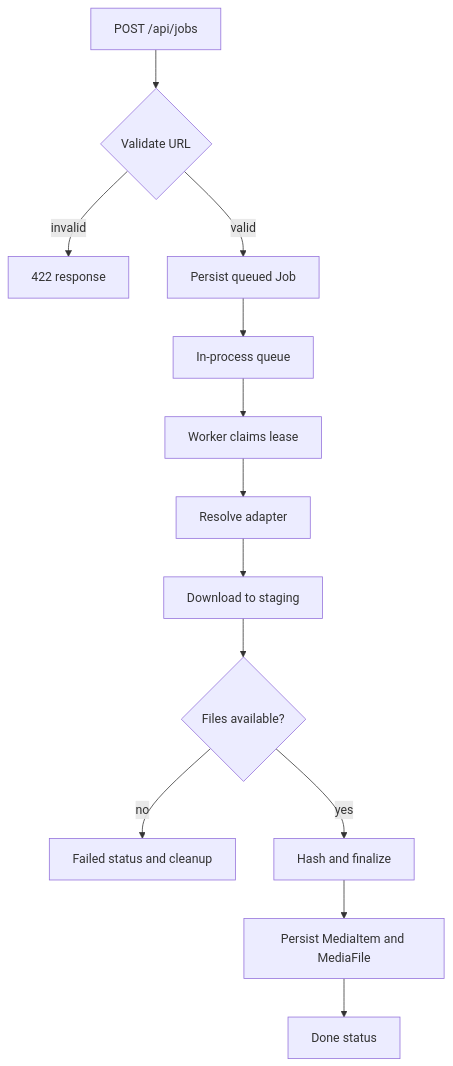
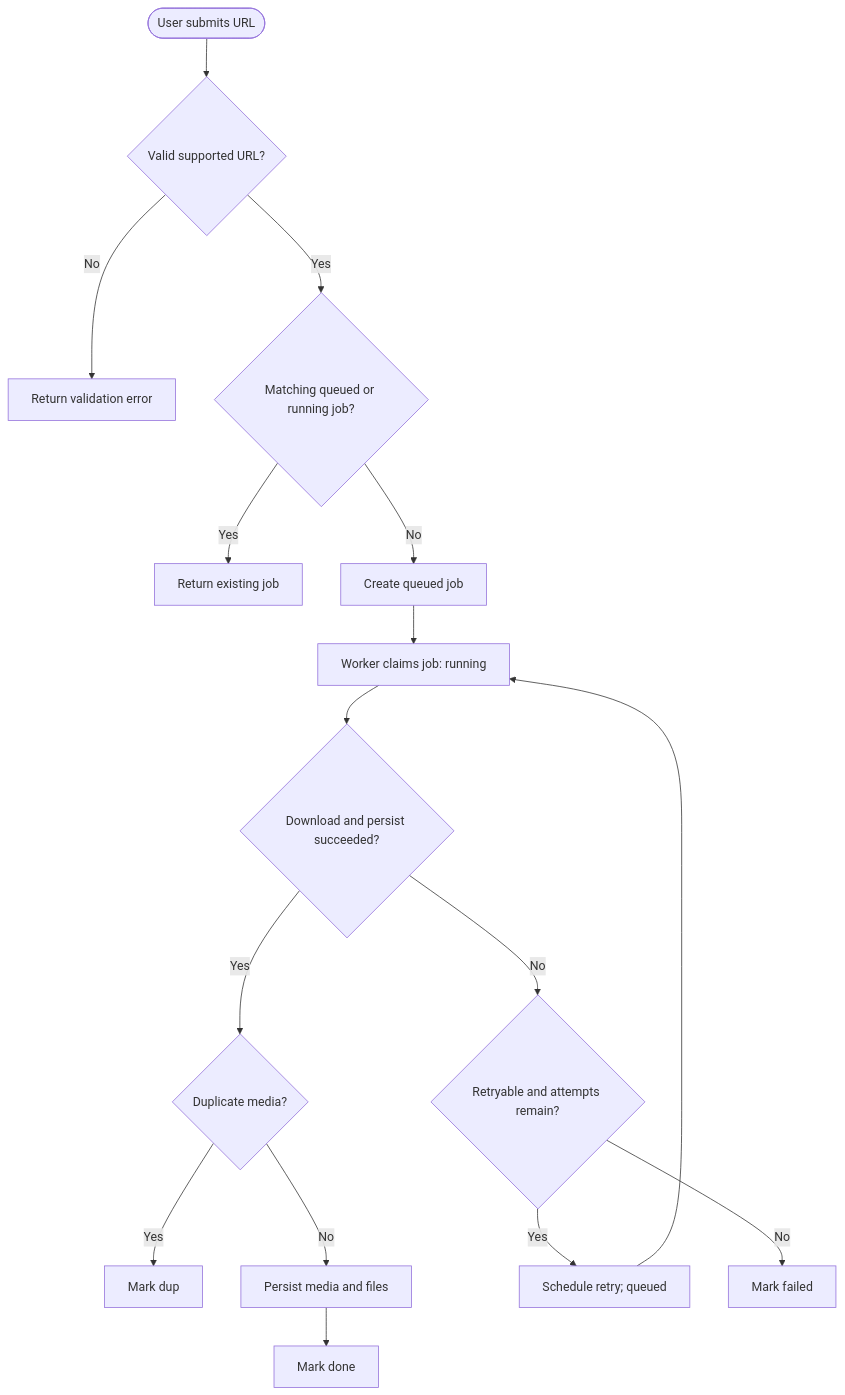
Before and after one commit to ekolancer/SocDownload: the first of 3 diagrams in docs/01-requirements/flowcharts.md, drawn with Mermaid. The commit also changed other lines of this file and 25 other files, not shown here.

Commit message:
docs: document MediaVault system from existing codebase

````diff
--- a/docs/01-requirements/flowcharts.md
+++ b/docs/01-requirements/flowcharts.md
@@ -9,15 +11,18 @@
 ```mermaid
 flowchart TD
- A[POST /api/jobs] --> B{Validate URL}
- B -- invalid --> C[422 response]
- B -- valid --> D[Persist queued Job]
- D --> E[In-process queue]
- E --> F[Worker claims lease]
- F --> G[Resolve adapter]
- G --> H[Download to staging]
- H --> I{Files available?}
- I -- no --> J[Failed status and cleanup]
- I -- yes --> K[Hash and finalize]
- K --> L[Persist MediaItem and MediaFile]
- L --> M[Done status]
+    A([User submits URL]) --> B{Valid supported URL?}
+    B -- No --> E[Return validation error]
+    B -- Yes --> C{Matching queued or running job?}
+    C -- Yes --> D[Return existing job]
+    C -- No --> F[Create queued job]
+    F --> G[Worker claims job: running]
+    G --> H{Download and persist succeeded?}
+    H -- Yes --> I{Duplicate media?}
+    I -- Yes --> J[Mark dup]
+    I -- No --> K[Persist media and files]
+    K --> L[Mark done]
+    H -- No --> M{Retryable and attempts remain?}
+    M -- Yes --> N[Schedule retry; queued]
+    M -- No --> O[Mark failed]
+    N --> G
 ```
````
